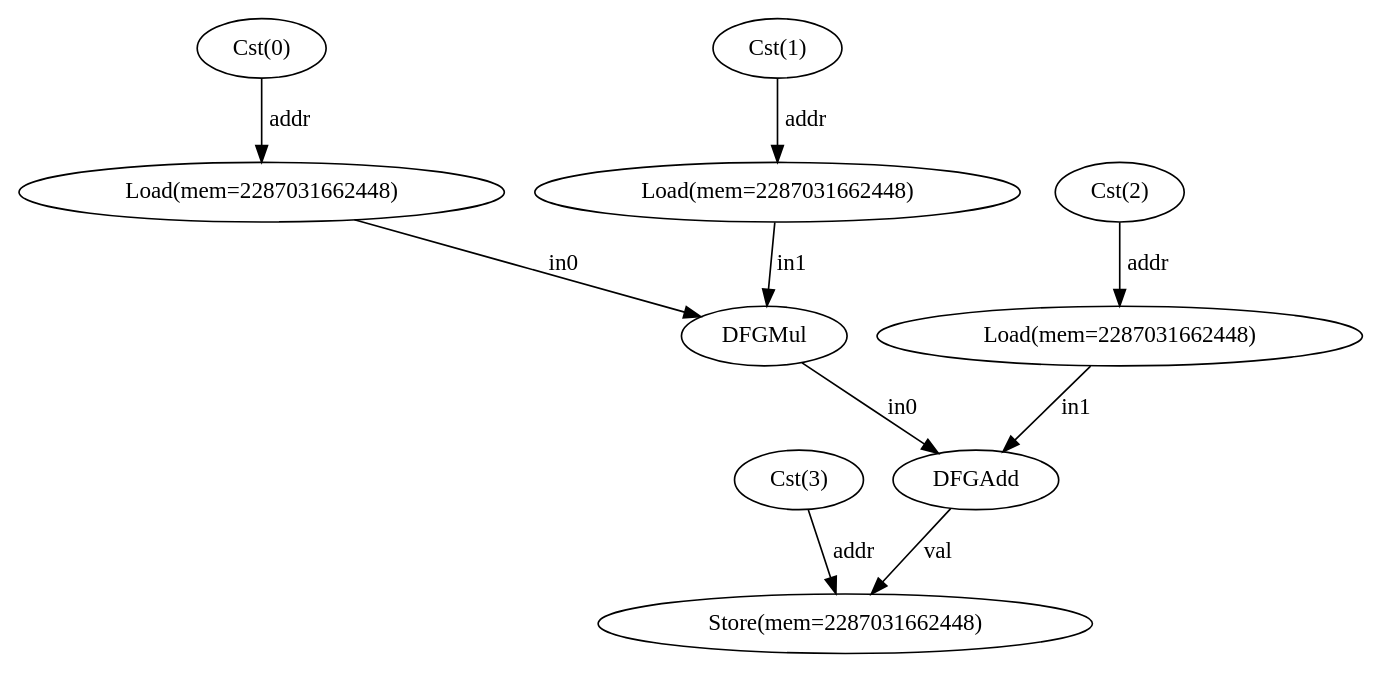
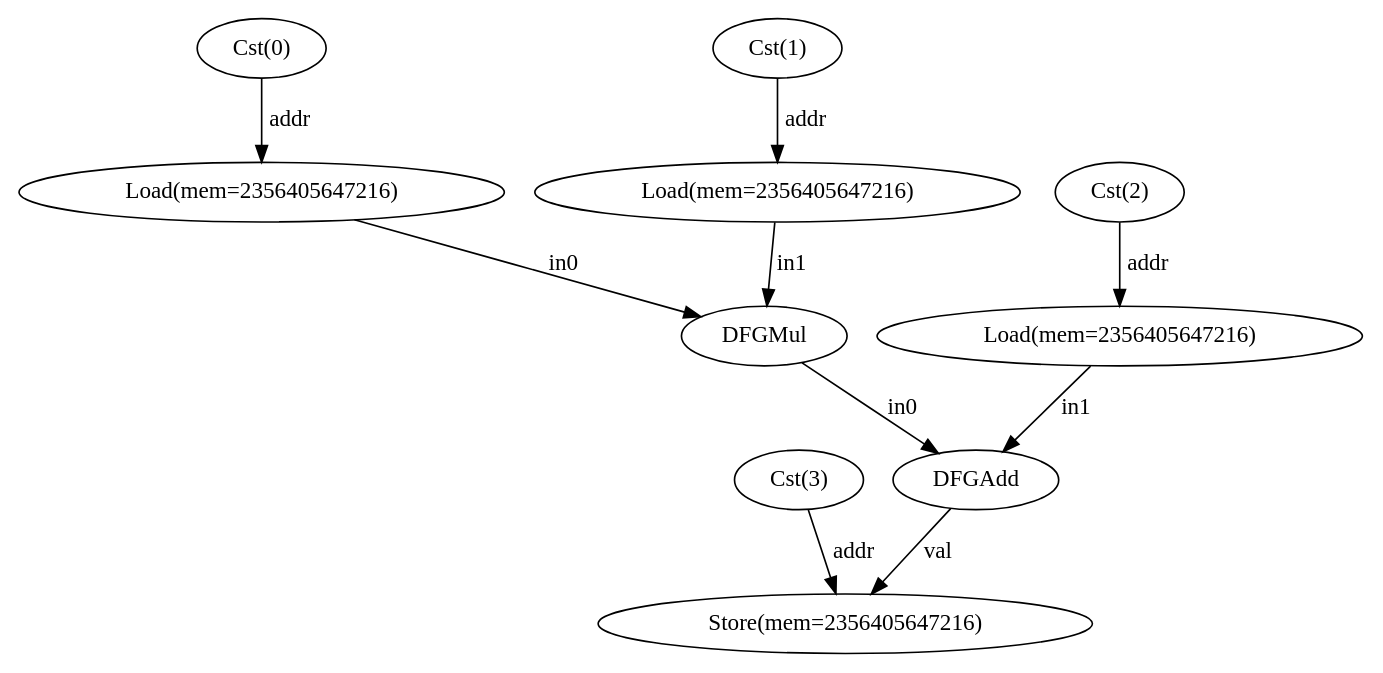
The diagram in test00/dfg.dot (ma-carrillo/High-level-synthesis-assignment), drawn with Graphviz before and after one commit. The commit also changed 26 other files, not shown here.

```diff
--- a/test00/dfg.dot
+++ b/test00/dfg.dot
@@ -1,21 +1,21 @@
 digraph "dfg" {
   n0 [label="Cst(3)"];
   n1 [label="Cst(0)"];
-  n2 [label="Load(mem=2287031662448)"];
+  n2 [label="Load(mem=2356405647216)"];
   n3 [label="Cst(1)"];
-  n4 [label="Load(mem=2287031662448)"];
+  n4 [label="Load(mem=2356405647216)"];
   n5 [label="DFGMul"];
   n6 [label="Cst(2)"];
-  n7 [label="Load(mem=2287031662448)"];
+  n7 [label="Load(mem=2356405647216)"];
   n8 [label="DFGAdd"];
-  n9 [label="Store(mem=2287031662448)"];
+  n9 [label="Store(mem=2356405647216)"];
   n0 -> n9 [label="addr"];
   n1 -> n2 [label="addr"];
   n2 -> n5 [label="in0"];
   n3 -> n4 [label="addr"];
   n4 -> n5 [label="in1"];
   n5 -> n8 [label="in0"];
   n6 -> n7 [label="addr"];
   n7 -> n8 [label="in1"];
   n8 -> n9 [label="val"];
 }
```
